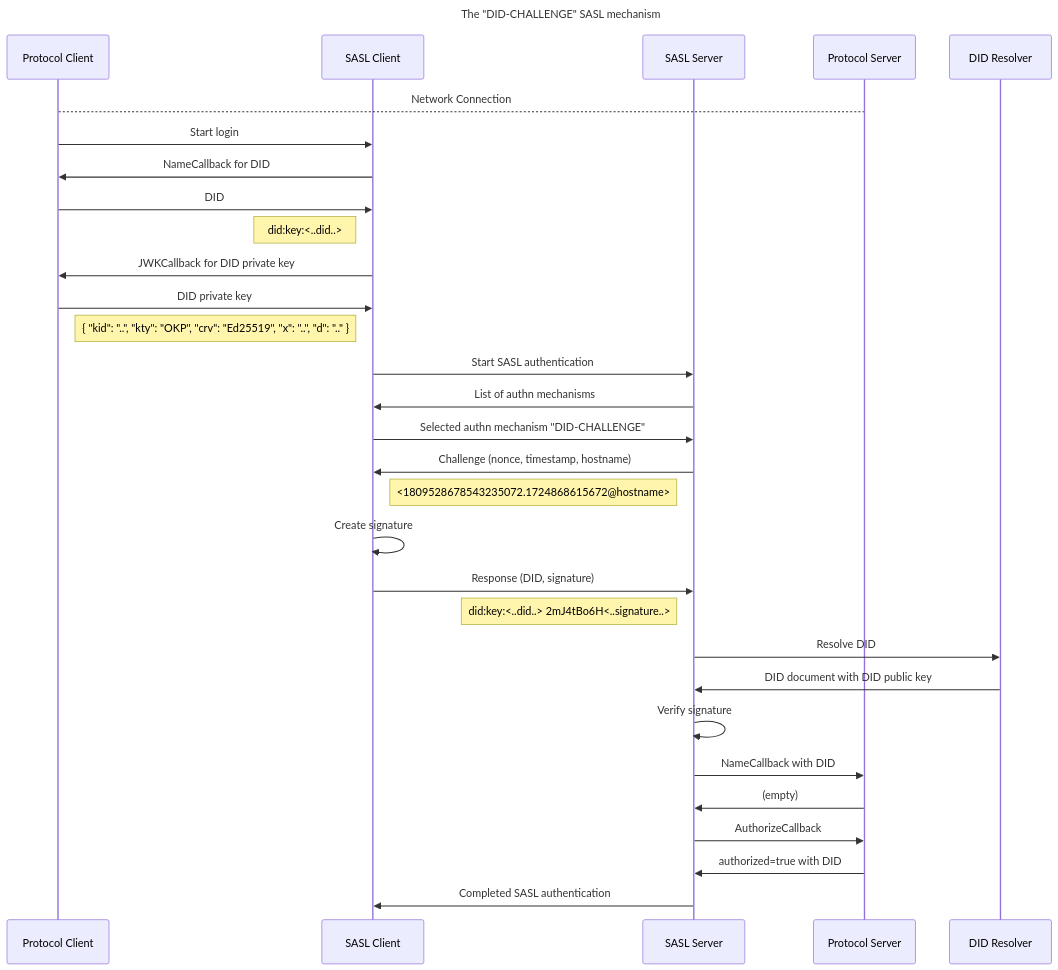
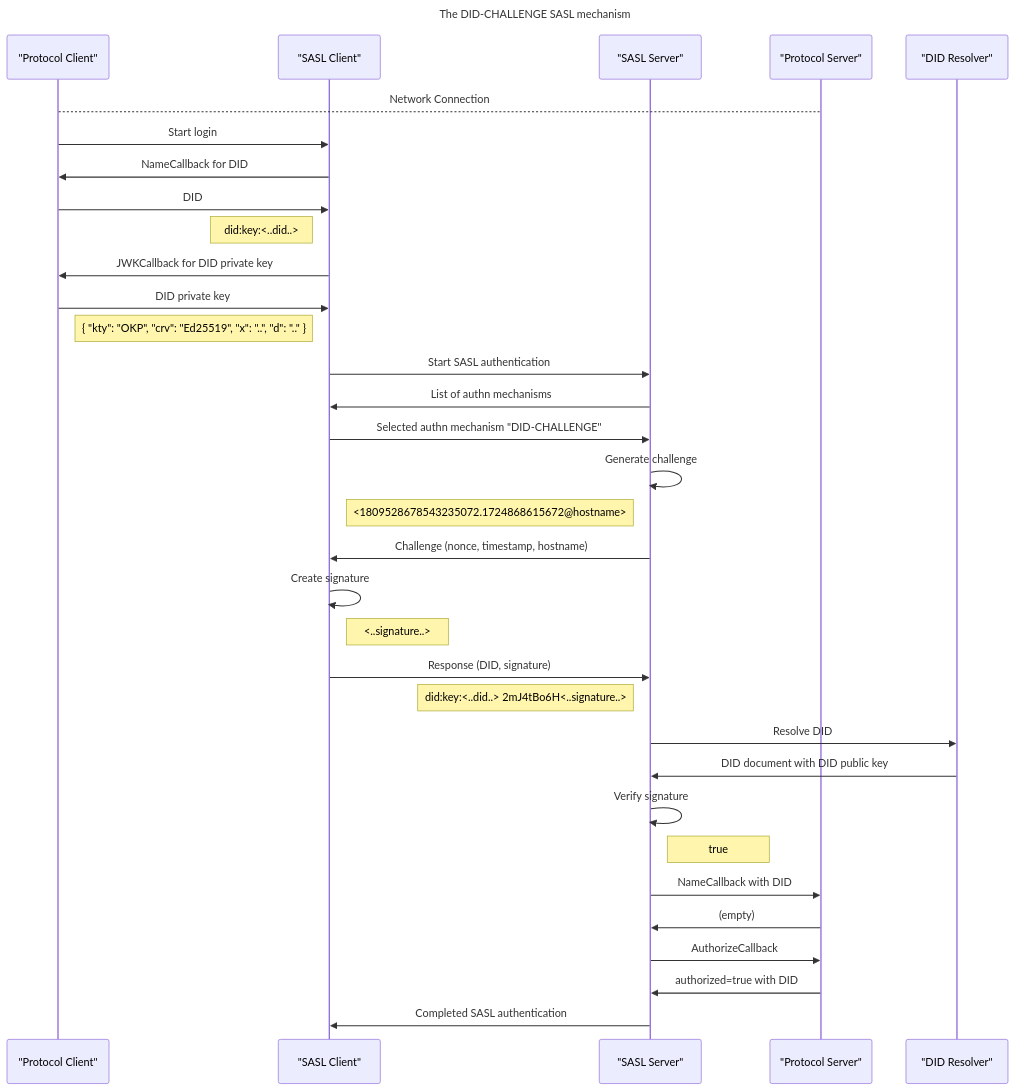
The diagram in README.md (peacekeeper/java-sasl-did-mechanism), drawn with Mermaid before and after one commit.

Commit message:
Small improvements to sequence diagram

````diff
--- a/README.md
+++ b/README.md
@@ -57,33 +57,36 @@
 ```mermaid
 sequenceDiagram
-    title The "DID-CHALLENGE" SASL mechanism
-    participant ProtocolClient as Protocol Client
-    participant SASLClient as SASL Client
-    participant SASLServer as SASL Server
-    participant ProtocolServer as Protocol Server
-    participant DIDResolver as DID Resolver
+    title The DID-CHALLENGE SASL mechanism
+    participant ProtocolClient as "Protocol Client"
+    participant SASLClient as "SASL Client"
+    participant SASLServer as "SASL Server"
+    participant ProtocolServer as "Protocol Server"
+    participant DIDResolver as "DID Resolver"
     ProtocolClient-->ProtocolServer: Network Connection
     ProtocolClient->>SASLClient: Start login
     SASLClient->>ProtocolClient: NameCallback for DID
     ProtocolClient->>SASLClient: DID
     note left of SASLClient: did:key:<..did..>
     SASLClient->>ProtocolClient: JWKCallback for DID private key
     ProtocolClient->>SASLClient: DID private key
-    note left of SASLClient: { "kid": "..", "kty": "OKP", "crv": "Ed25519", "x": "..", "d": ".." }
+    note left of SASLClient: { "kty": "OKP", "crv": "Ed25519", "x": "..", "d": ".." }
     SASLClient->>SASLServer: Start SASL authentication
     SASLServer->>SASLClient: List of authn mechanisms
     SASLClient->>SASLServer: Selected authn mechanism "DID-CHALLENGE"
+    SASLServer->>SASLServer: Generate challenge
+    note left of SASLServer: <1809528678543235072.1724868615672@hostname>
     SASLServer->>SASLClient: Challenge (nonce, timestamp, hostname)
-    note right of SASLClient: <1809528678543235072.1724868615672@hostname>
     SASLClient->>SASLClient: Create signature
+    note right of SASLClient: <..signature..>
     SASLClient->>SASLServer: Response (DID, signature)
     note left of SASLServer: did:key:<..did..> 2mJ4tBo6H<..signature..>
     SASLServer->>DIDResolver: Resolve DID
     DIDResolver->>SASLServer: DID document with DID public key
     SASLServer->>SASLServer: Verify signature
+    note right of SASLServer: true
     SASLServer->>ProtocolServer: NameCallback with DID
     ProtocolServer->>SASLServer: (empty)
     SASLServer->>ProtocolServer: AuthorizeCallback
     ProtocolServer->>SASLServer: authorized=true with DID
     SASLServer->>SASLClient: Completed SASL authentication
 ```
````
